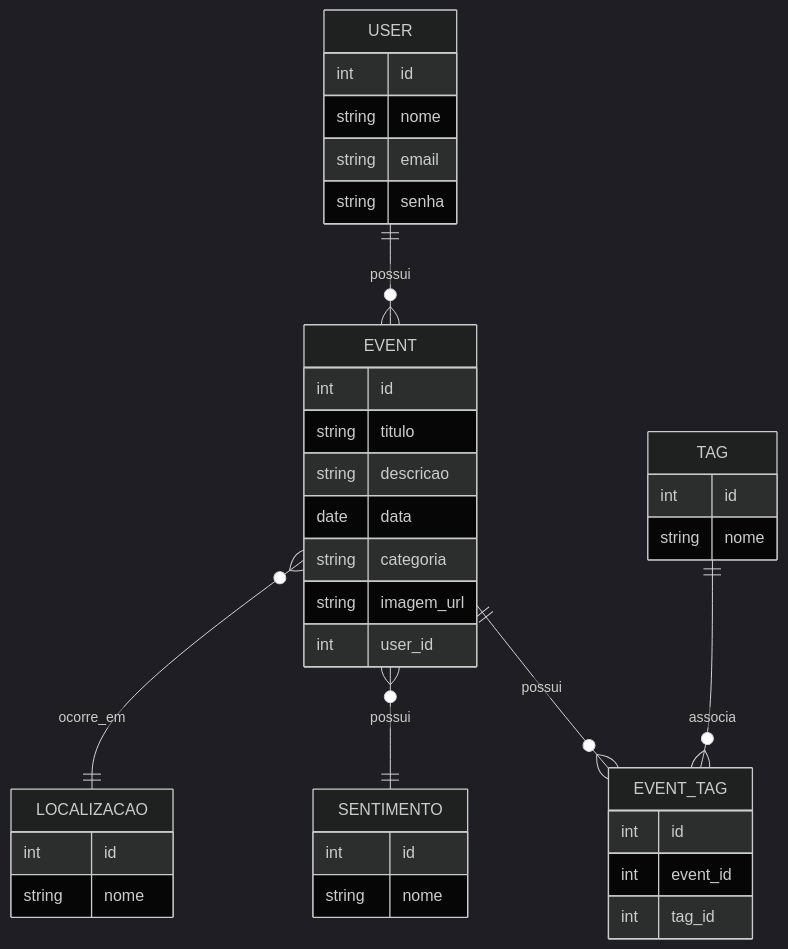
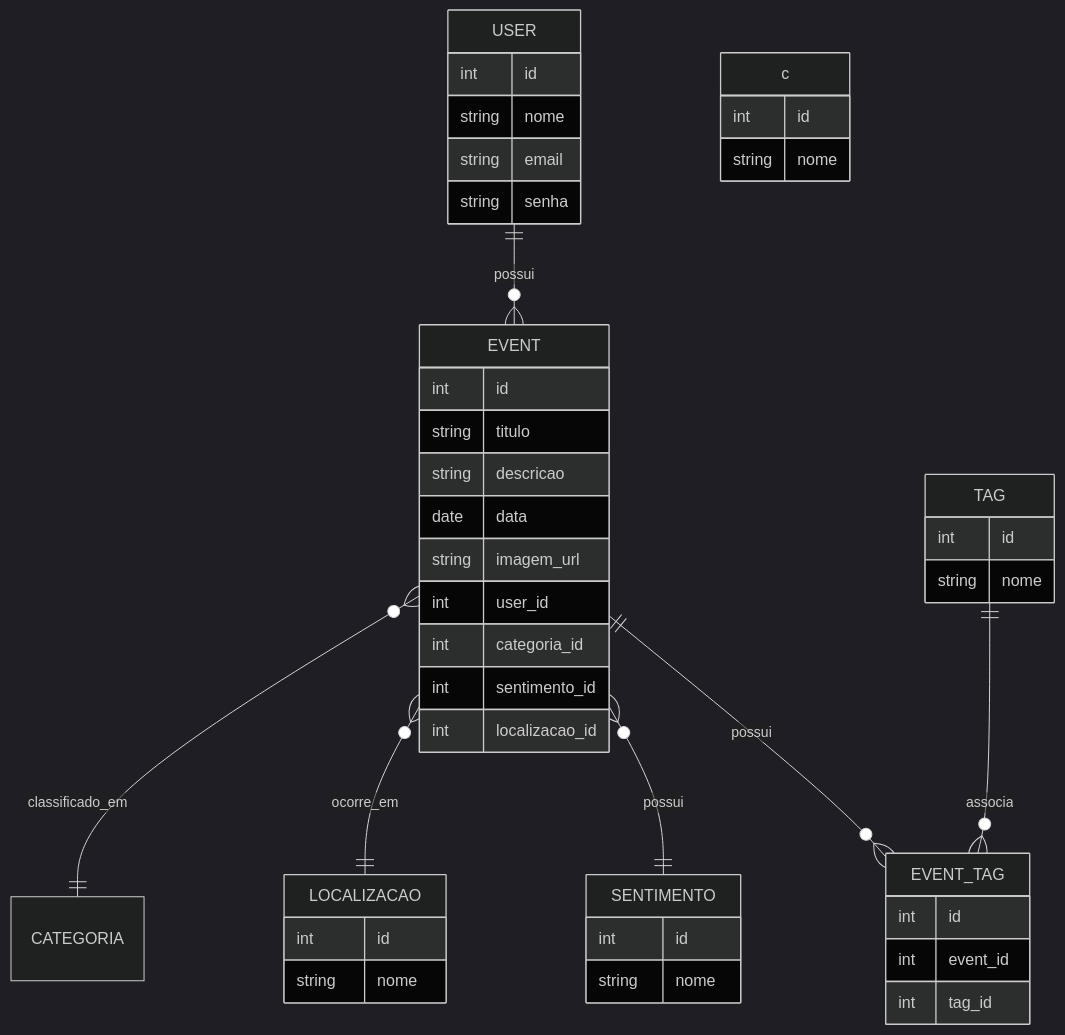
One commit to leonardocpadilha/life-track changed the diagram in docs/spec.md. Above: the diagram before and after it, drawn with Mermaid (dark theme).

Commit message:
Atualizando DER

````diff
--- a/docs/spec.md
+++ b/docs/spec.md
@@ -7,41 +7,48 @@
 ```mermaid
 erDiagram
     USER ||--o{ EVENT : "possui"
     EVENT ||--o{ EVENT_TAG : "possui"
     TAG ||--o{ EVENT_TAG : "associa"
     EVENT }o--|| SENTIMENTO : "possui"
     EVENT }o--|| LOCALIZACAO : "ocorre_em"
+    EVENT }o--|| CATEGORIA : "classificado_em"
 
     USER {
         int id
         string nome
         string email
         string senha
     }
     EVENT {
         int id
         string titulo
         string descricao
         date data
-        string categoria
         string imagem_url
         int user_id
+        int categoria_id
+        int sentimento_id
+        int localizacao_id
     }
     TAG {
         int id
         string nome
     }
     SENTIMENTO {
         int id
         string nome
     }
     LOCALIZACAO {
         int id
         string nome
     }
+    c {
+        int id
+        string nome
+    }
     EVENT_TAG {
         int id
         int event_id
         int tag_id
     }
 ```
````
